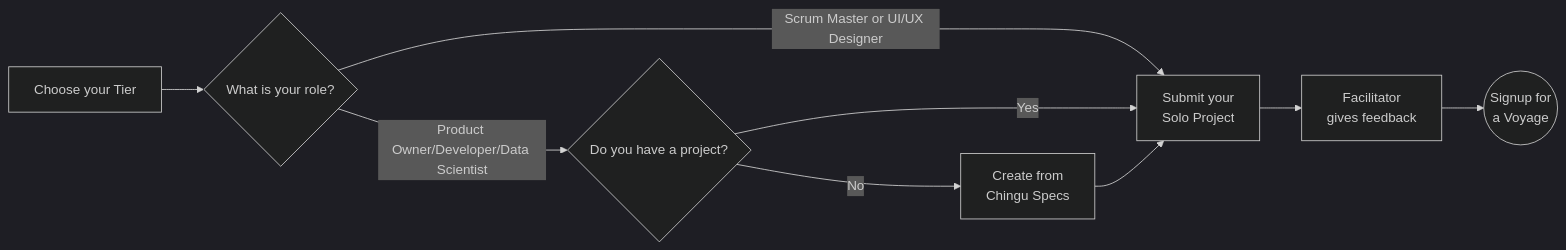
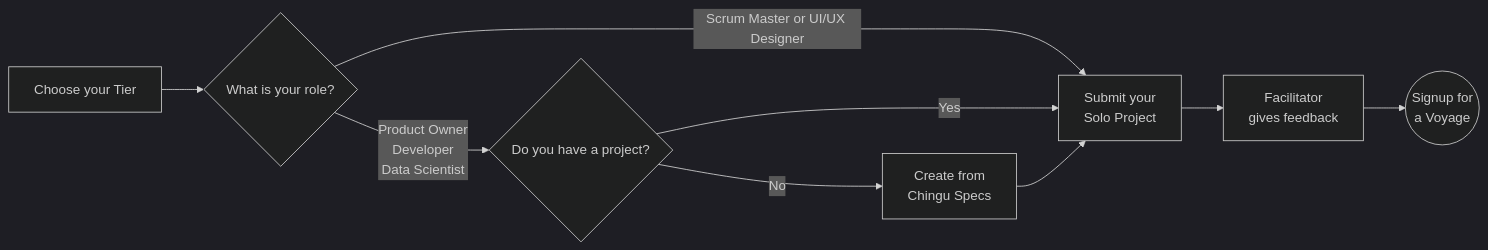
One commit to chingu-voyages/Handbook changed the diagram in docs/guides/soloproject/soloproject.md. Above: the diagram before and after it, drawn with Mermaid (dark theme).

Commit message:
Feature: Update Solo Project workflow diagram

````diff
--- a/docs/guides/soloproject/soloproject.md
+++ b/docs/guides/soloproject/soloproject.md
@@ -18,11 +18,11 @@
 ```mermaid
 graph LR
     A[Choose your Tier] --> B{What is your role?}
     B -- Scrum Master or UI/UX Designer --> G
-    B -- Product Owner/Developer/Data Scientist --> F{Do you have a project?}
+    B -- Product Owner\nDeveloper\nData Scientist --> F{Do you have a project?}
     F -- Yes --> G[Submit your\nSolo Project]
     F -- No --> H[Create from\nChingu Specs]
     H --> G
     G --> I[Facilitator\ngives feedback]
     I --> J((Signup for\na Voyage))
 ```
````
